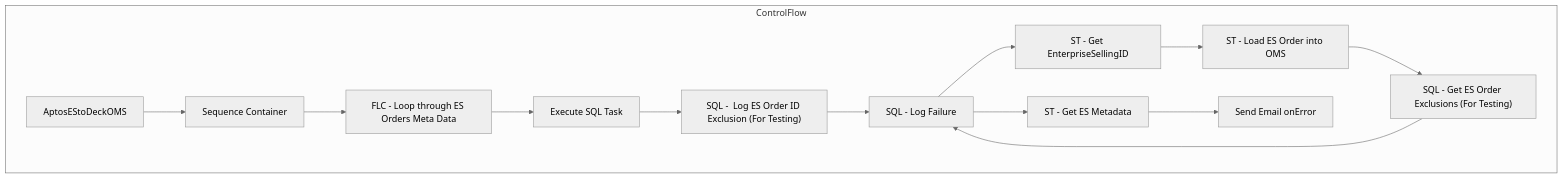
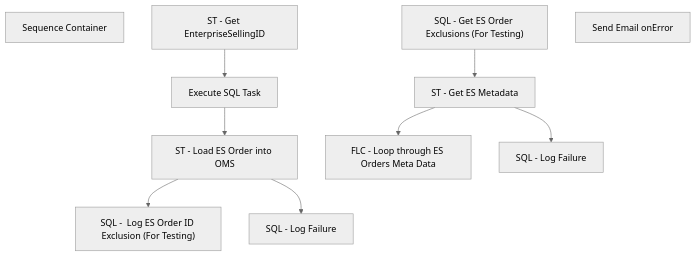
The diagram in bab-docs-explorer/Documentation/STL-SSIS-P-01/SSIS/SSIS/WebOrderProcessing.AptosEStoDeckOMS.md (juanandresbrain/BABSkills), drawn with Mermaid (neutral theme) before and after one commit. The commit also changed other lines of this file and 273 other files, not shown here.

````diff
--- a/bab-docs-explorer/Documentation/STL-SSIS-P-01/SSIS/SSIS/WebOrderProcessing.AptosEStoDeckOMS.md
+++ b/bab-docs-explorer/Documentation/STL-SSIS-P-01/SSIS/SSIS/WebOrderProcessing.AptosEStoDeckOMS.md
@@ -9,28 +46,21 @@
 ```mermaid
 flowchart TD
-    subgraph ControlFlow
-        AptosEStoDeckOMS_task["AptosEStoDeckOMS"]
-        Sequence_Container_task["Sequence Container"]
-        AptosEStoDeckOMS_task --> Sequence_Container_task
-        FLC___Loop_through_ES_Orders_Meta_Data_task["FLC - Loop through ES Orders Meta Data"]
-        Sequence_Container_task --> FLC___Loop_through_ES_Orders_Meta_Data_task
-        Execute_SQL_Task_task["Execute SQL Task"]
-        FLC___Loop_through_ES_Orders_Meta_Data_task --> Execute_SQL_Task_task
-        SQL____Log_ES_Order_ID_Exclusion__For_Testing__task["SQL -  Log ES Order ID Exclusion (For Testing)"]
-        Execute_SQL_Task_task --> SQL____Log_ES_Order_ID_Exclusion__For_Testing__task
-        SQL___Log_Failure_task["SQL - Log Failure"]
-        SQL____Log_ES_Order_ID_Exclusion__For_Testing__task --> SQL___Log_Failure_task
-        ST___Get_EnterpriseSellingID_task["ST - Get EnterpriseSellingID"]
-        SQL___Log_Failure_task --> ST___Get_EnterpriseSellingID_task
-        ST___Load_ES_Order_into_OMS_task["ST - Load ES Order into OMS"]
-        ST___Get_EnterpriseSellingID_task --> ST___Load_ES_Order_into_OMS_task
-        SQL___Get_ES_Order_Exclusions__For_Testing__task["SQL - Get ES Order Exclusions (For Testing)"]
-        ST___Load_ES_Order_into_OMS_task --> SQL___Get_ES_Order_Exclusions__For_Testing__task
-        SQL___Log_Failure_task["SQL - Log Failure"]
-        SQL___Get_ES_Order_Exclusions__For_Testing__task --> SQL___Log_Failure_task
-        ST___Get_ES_Metadata_task["ST - Get ES Metadata"]
-        SQL___Log_Failure_task --> ST___Get_ES_Metadata_task
-        Send_Email_onError_task["Send Email onError"]
-        ST___Get_ES_Metadata_task --> Send_Email_onError_task
-    end
+    n_Package_Sequence_Container["Sequence Container"]
+    n_Package_Sequence_Container_FLC___Loop_through_ES_Orders_Meta_Data["FLC - Loop through ES Orders Meta Data"]
+    n_Package_Sequence_Container_FLC___Loop_through_ES_Orders_Meta_Data_Execute_SQL_Task["Execute SQL Task"]
+    n_Package_Sequence_Container_FLC___Loop_through_ES_Orders_Meta_Data_SQL____Log_ES_Order_ID_Exclusion__For_Testing_["SQL -  Log ES Order ID Exclusion (For Testing)"]
+    n_Package_Sequence_Container_FLC___Loop_through_ES_Orders_Meta_Data_SQL___Log_Failure["SQL - Log Failure"]
+    n_Package_Sequence_Container_FLC___Loop_through_ES_Orders_Meta_Data_ST___Get_EnterpriseSellingID["ST - Get EnterpriseSellingID"]
+    n_Package_Sequence_Container_FLC___Loop_through_ES_Orders_Meta_Data_ST___Load_ES_Order_into_OMS["ST - Load ES Order into OMS"]
+    n_Package_Sequence_Container_SQL___Get_ES_Order_Exclusions__For_Testing_["SQL - Get ES Order Exclusions (For Testing)"]
+    n_Package_Sequence_Container_SQL___Log_Failure["SQL - Log Failure"]
+    n_Package_Sequence_Container_ST___Get_ES_Metadata["ST - Get ES Metadata"]
+    n_Package_EventHandlers_OnError__Send_Email_onError["Send Email onError"]
+    n_Package_Sequence_Container_FLC___Loop_through_ES_Orders_Meta_Data_ST___Load_ES_Order_into_OMS --> n_Package_Sequence_Container_FLC___Loop_through_ES_Orders_Meta_Data_SQL____Log_ES_Order_ID_Exclusion__For_Testing_
+    n_Package_Sequence_Container_FLC___Loop_through_ES_Orders_Meta_Data_ST___Load_ES_Order_into_OMS --> n_Package_Sequence_Container_FLC___Loop_through_ES_Orders_Meta_Data_SQL___Log_Failure
+    n_Package_Sequence_Container_FLC___Loop_through_ES_Orders_Meta_Data_ST___Get_EnterpriseSellingID --> n_Package_Sequence_Container_FLC___Loop_through_ES_Orders_Meta_Data_Execute_SQL_Task
+    n_Package_Sequence_Container_FLC___Loop_through_ES_Orders_Meta_Data_Execute_SQL_Task --> n_Package_Sequence_Container_FLC___Loop_through_ES_Orders_Meta_Data_ST___Load_ES_Order_into_OMS
+    n_Package_Sequence_Container_ST___Get_ES_Metadata --> n_Package_Sequence_Container_FLC___Loop_through_ES_Orders_Meta_Data
+    n_Package_Sequence_Container_SQL___Get_ES_Order_Exclusions__For_Testing_ --> n_Package_Sequence_Container_ST___Get_ES_Metadata
+    n_Package_Sequence_Container_ST___Get_ES_Metadata --> n_Package_Sequence_Container_SQL___Log_Failure
 ```
````
